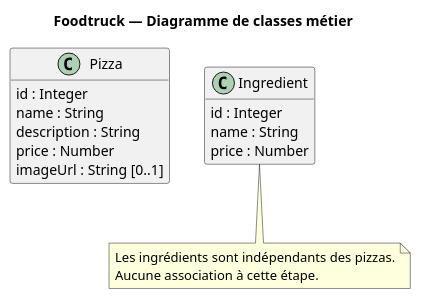
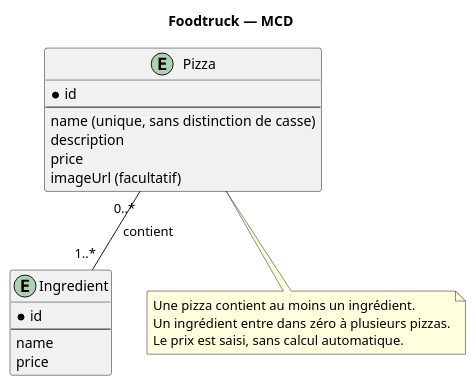
One commit to CPNV-KMI-I321/I321-DavidVilela changed the first of 3 diagrams in docs/a-completer.puml. Above: the diagram before and after it, drawn with PlantUML. The commit also changed other lines of this file and 16 other files, not shown here.

```diff
--- a/docs/a-completer.puml
+++ b/docs/a-completer.puml
@@ -1,20 +1,23 @@
-@startuml classes
- title Foodtruck — Diagramme de classes métier
- hide methods
- class Pizza {
-   id : Integer
-   name : String
-   description : String
-   price : Number
-   imageUrl : String [0..1]
+@startuml mcd
+ title Foodtruck — MCD
+ entity Pizza {
+   * id
+   --
+   name (unique, sans distinction de casse)
+   description
+   price
+   imageUrl (facultatif)
  }
- class Ingredient {
-   id : Integer
-   name : String
-   price : Number
+ entity Ingredient {
+   * id
+   --
+   name
+   price
  }
- note bottom of Ingredient
-   Les ingrédients sont indépendants des pizzas.
-   Aucune association à cette étape.
+ Pizza "0..*" -- "1..*" Ingredient : contient
+ note bottom of Pizza
+   Une pizza contient au moins un ingrédient.
+   Un ingrédient entre dans zéro à plusieurs pizzas.
+   Le prix est saisi, sans calcul automatique.
  end note
 @enduml
```
